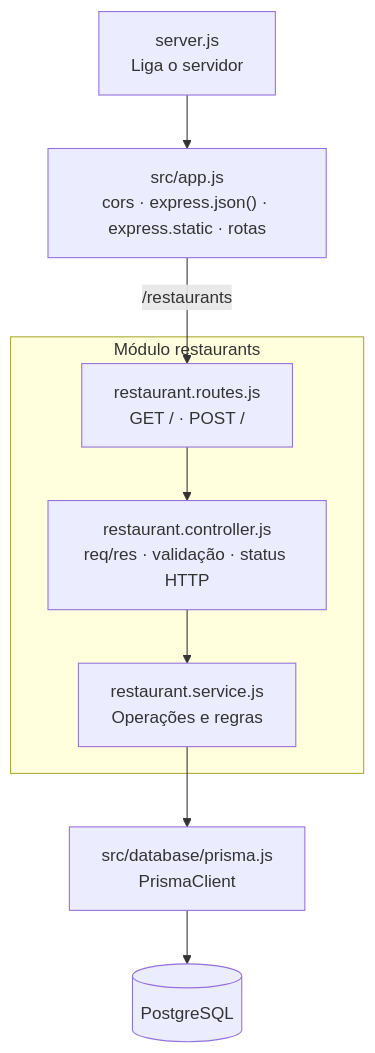
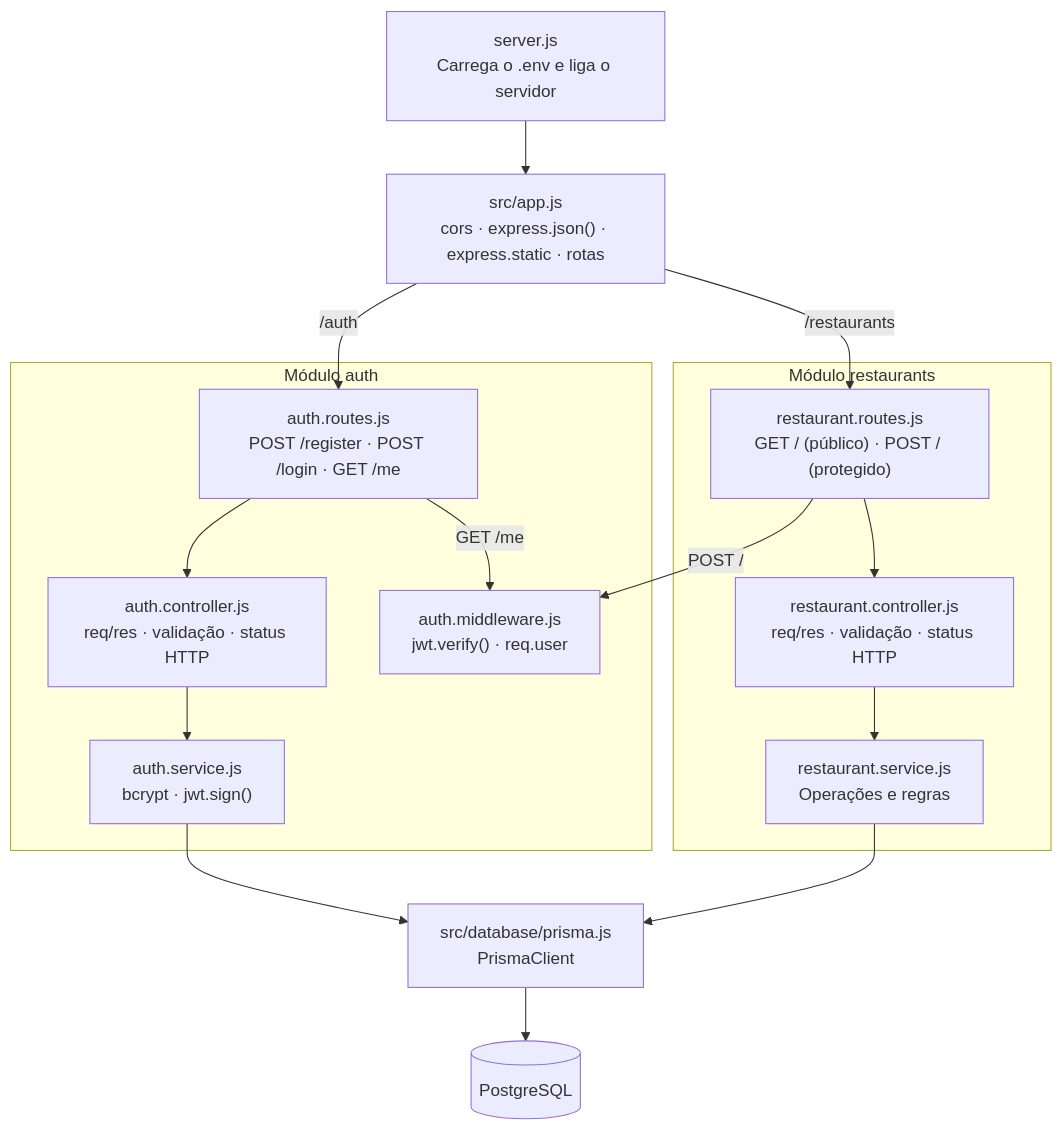
The third of 3 diagrams in docs/arquitetura/c4-model.md (RafaellosAO10/projeto_easyfood_arquitetura_de_software), drawn with Mermaid before and after one commit. The commit also changed other lines of this file and 2 other files, not shown here.

````diff
--- a/docs/arquitetura/c4-model.md
+++ b/docs/arquitetura/c4-model.md
@@ -47,21 +48,32 @@
 ```mermaid
 flowchart TB
-    server["server.js<br/>Liga o servidor"]
+    server["server.js<br/>Carrega o .env e liga o servidor"]
     app["src/app.js<br/>cors · express.json() · express.static · rotas"]
 
+    subgraph auth["Módulo auth"]
+        authRoutes["auth.routes.js<br/>POST /register · POST /login · GET /me"]
+        authController["auth.controller.js<br/>req/res · validação · status HTTP"]
+        authService["auth.service.js<br/>bcrypt · jwt.sign()"]
+        middleware["auth.middleware.js<br/>jwt.verify() · req.user"]
+    end
+
     subgraph restaurants["Módulo restaurants"]
-        routes["restaurant.routes.js<br/>GET / · POST /"]
+        routes["restaurant.routes.js<br/>GET / (público) · POST / (protegido)"]
         controller["restaurant.controller.js<br/>req/res · validação · status HTTP"]
         service["restaurant.service.js<br/>Operações e regras"]
     end
 
     database["src/database/prisma.js<br/>PrismaClient"]
     db[("PostgreSQL")]
 
     server --> app
+    app -- "/auth" --> authRoutes
     app -- "/restaurants" --> routes
-    routes --> controller
-    controller --> service
+    authRoutes --> authController --> authService
+    authRoutes -- "GET /me" --> middleware
+    routes -- "POST /" --> middleware
+    routes --> controller --> service
+    authService --> database
     service --> database
     database --> db
 ```
````
